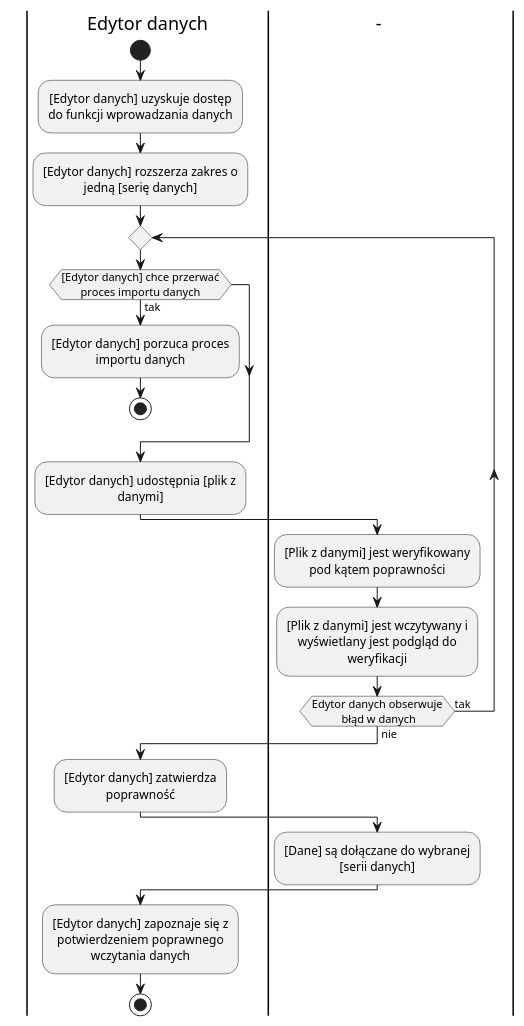
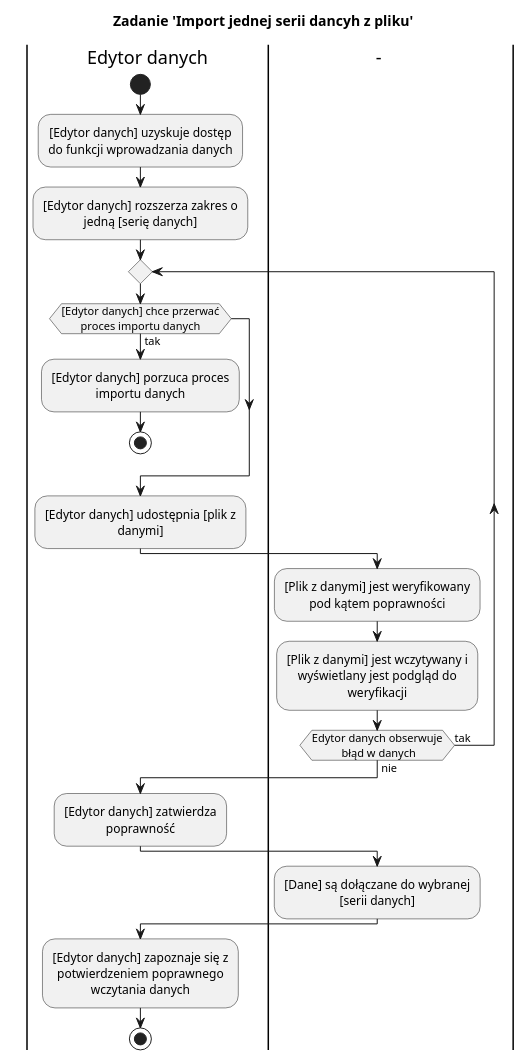
One commit to resultfulness/pgui-uml changed the diagram in src/requirements/tasks/scenarios/task__import_jednej_serii_danych_z_pliku.puml. Above: the diagram before and after it, drawn with PlantUML. The commit also changed 9 other files, not shown here.

```diff
--- a/src/requirements/tasks/scenarios/task__import_jednej_serii_danych_z_pliku.puml
+++ b/src/requirements/tasks/scenarios/task__import_jednej_serii_danych_z_pliku.puml
@@ -1,36 +1,38 @@
 @startuml
 skinparam DefaultTextAlignment center
 skinparam WrapWidth 195
 skinparam SwimlaneWidth 300
+
+title Zadanie 'Import jednej serii dancyh z pliku'
 
 |e| Edytor danych
 |s| -
 
 |e|
 start
 :[Edytor danych] uzyskuje dostęp do funkcji wprowadzania danych;
 :[Edytor danych] rozszerza zakres o jedną [serię danych];
 
 repeat
     if ([Edytor danych] chce przerwać proces importu danych) then (tak)
         :[Edytor danych] porzuca proces importu danych;
         stop
     endif
 
     :[Edytor danych] udostępnia [plik z danymi];
 
     |s|
     :[Plik z danymi] jest weryfikowany pod kątem poprawności;
     :[Plik z danymi] jest wczytywany i wyświetlany jest podgląd do weryfikacji;
 repeat while (Edytor danych obserwuje\n błąd w danych) is (tak) not (nie)
 
 |e|
 :[Edytor danych] zatwierdza poprawność;
 
 |s|
 :[Dane] są dołączane do wybranej [serii danych];
 
 |e|
 :[Edytor danych] zapoznaje się z potwierdzeniem poprawnego wczytania danych;
 stop
 @enduml
```
